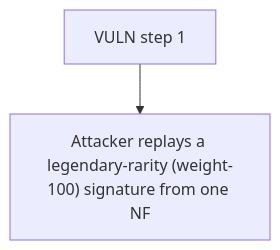
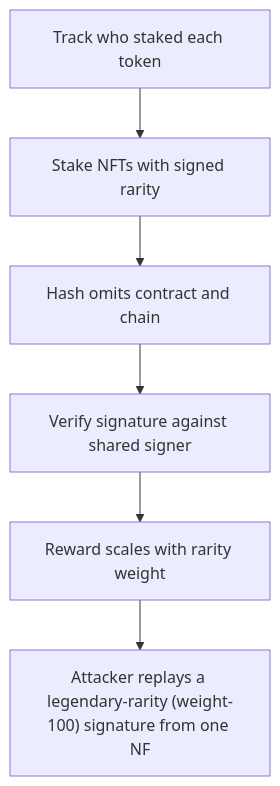
The diagram in 63684-h-01-cross-contract-signature-replay-allows-users-to-inflate_exp/63684-h-01-cross-contract-signature-replay-allows-users-to-inflate_exp.md (sanbir/evm-hack-registry), drawn with Mermaid before and after one commit. The commit also changed other lines of this file and 79 other files, not shown here.

````diff
--- a/63684-h-01-cross-contract-signature-replay-allows-users-to-inflate_exp/63684-h-01-cross-contract-signature-replay-allows-users-to-inflate_exp.md
+++ b/63684-h-01-cross-contract-signature-replay-allows-users-to-inflate_exp/63684-h-01-cross-contract-signature-replay-allows-users-to-inflate_exp.md
@@ -28,6 +28,14 @@
 ```mermaid
 flowchart TD
-  S0["VULN step 1"]
+  S0["Track who staked each token"]
+  S1["Stake NFTs with signed rarity"]
+  S2["Hash omits contract and chain"]
+  S3["Verify signature against shared signer"]
+  S4["Reward scales with rarity weight"]
   H["Attacker replays a legendary-rarity (weight-100) signature from one NF"]
-  S0 --> H
+  S0 --> S1
+  S1 --> S2
+  S2 --> S3
+  S3 --> S4
+  S4 --> H
 ```
````
